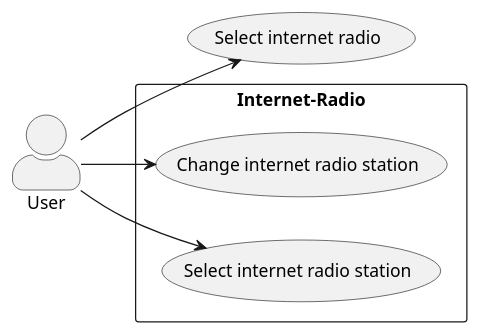
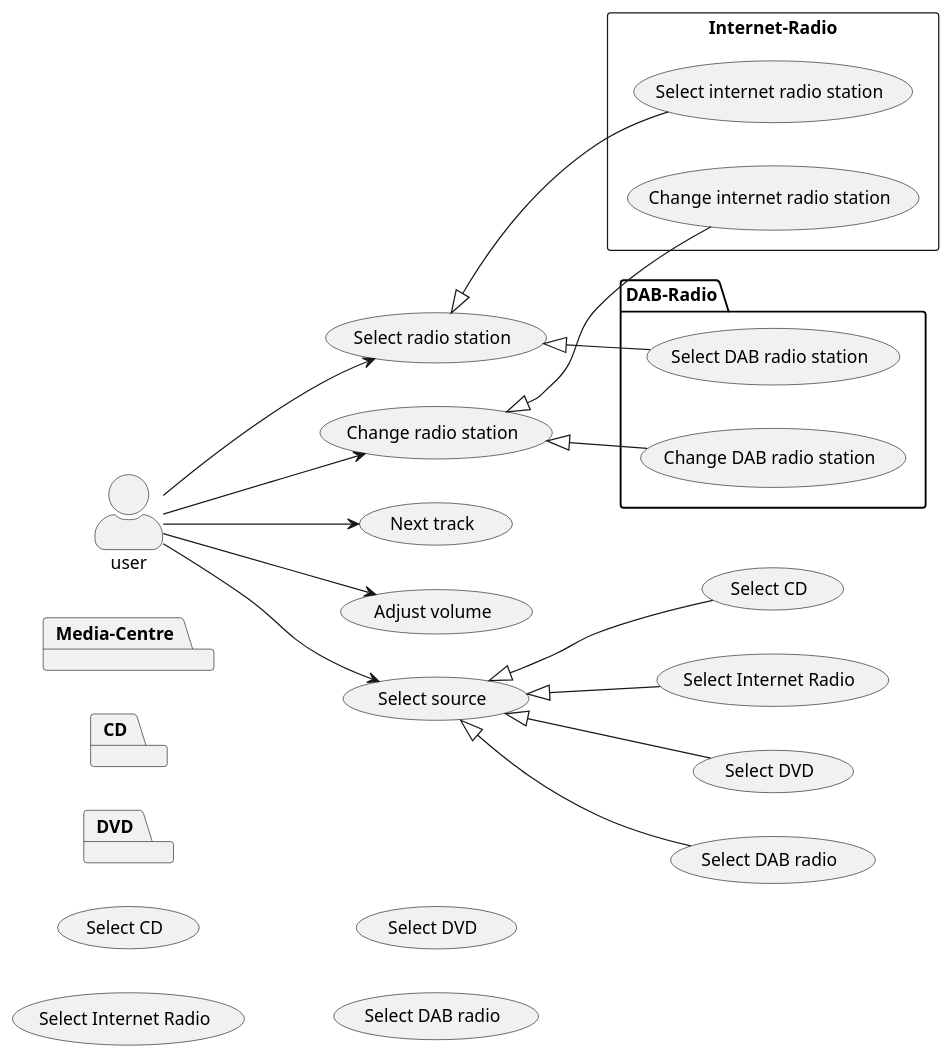
The diagram in docs/model/use-cases/use-cases.plantuml (adoble/modular-audio), drawn with PlantUML before and after one commit.

Commit message:
More use cases

```diff
--- a/docs/model/use-cases/use-cases.plantuml
+++ b/docs/model/use-cases/use-cases.plantuml
@@ -1,19 +1,71 @@
 @startuml
 skinparam actorStyle awesome
 left to right direction
 
-:User: --> (Select internet radio)
 
 
-rectangle Internet-Radio{
-    usecase "Change internet radio station" as UC0001
-    usecase "Select internet radio station" as UC0002
+
+usecase (Select CD) as sel_cd
+usecase (Select Internet Radio) as sel_ir
+usecase (Select DVD) as sel_dvd
+usecase (Select DAB radio) as sel_dab
+usecase (Select source) as sel_source
+usecase (Adjust volume) as adj_vol
+
+usecase (Select radio station)  as sel_radio_station
+usecase (Change radio station)  as chg_radio_station
+usecase (Next track) as next_track
+
+:user: --> (adj_vol)
+:user: --> (sel_source)
+:user: --> (sel_radio_station)
+:user: --> (chg_radio_station)
+:user: --> (next_track)
+
+
+
+' Select source
+(sel_source)  <|-- (Select CD)  
+(sel_source)  <|-- (Select Internet Radio) 
+(sel_source)  <|-- (Select DVD)
+(sel_source)  <|-- (Select DAB radio) 
+
+
+
+
+
+rectangle Internet-Radio {
+    usecase "Select internet radio station" as select_ir_station
+    usecase "Change internet radio station" as change_ir_station
+    (sel_radio_station) <|-- (select_ir_station)
+    (chg_radio_station) <|-- (change_ir_station)
+    
+}
+
+package DAB-Radio {
+    usecase "Select DAB radio station" as select_dab_station
+    usecase "Change DAB radio station" as change_dab_station
+    (sel_radio_station) <|-- (select_dab_station)
+    (chg_radio_station) <|-- (change_dab_station)    
+}
+
+package DVD { 
+
+}
+package CD {
+    
+}
+
+package Media-Centre {
 
 }
 
-:User: --> UC0001
-:User: --> UC0002
+
+
+
+
+
 
 
 
 @enduml
```
